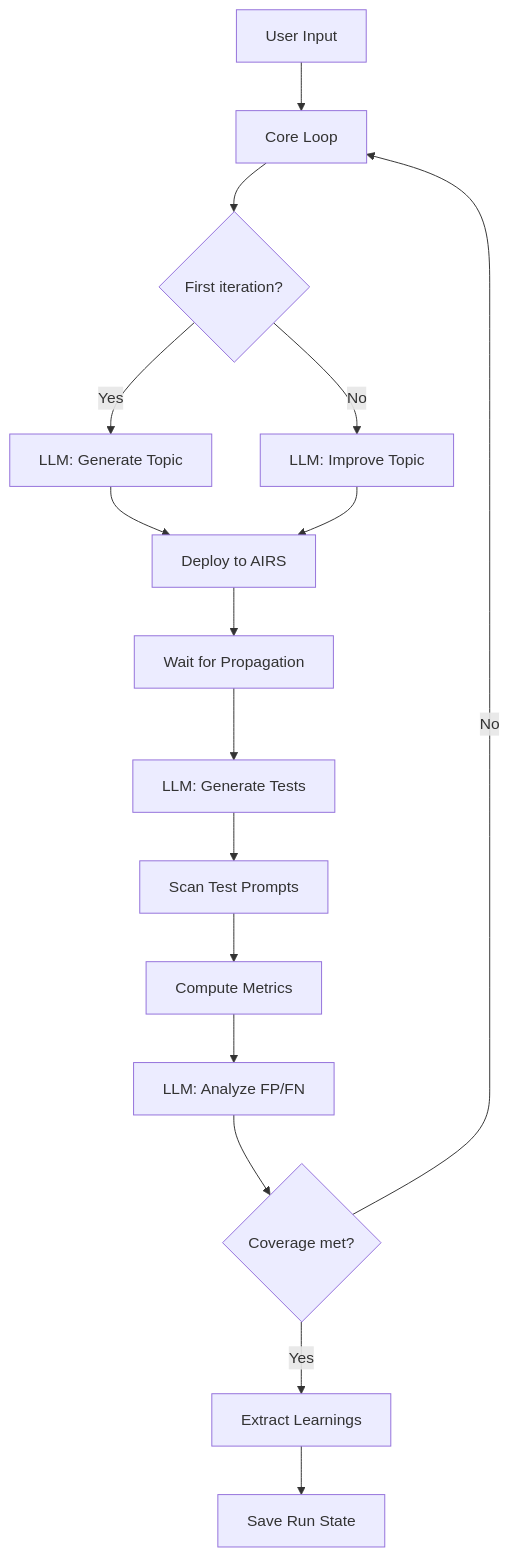
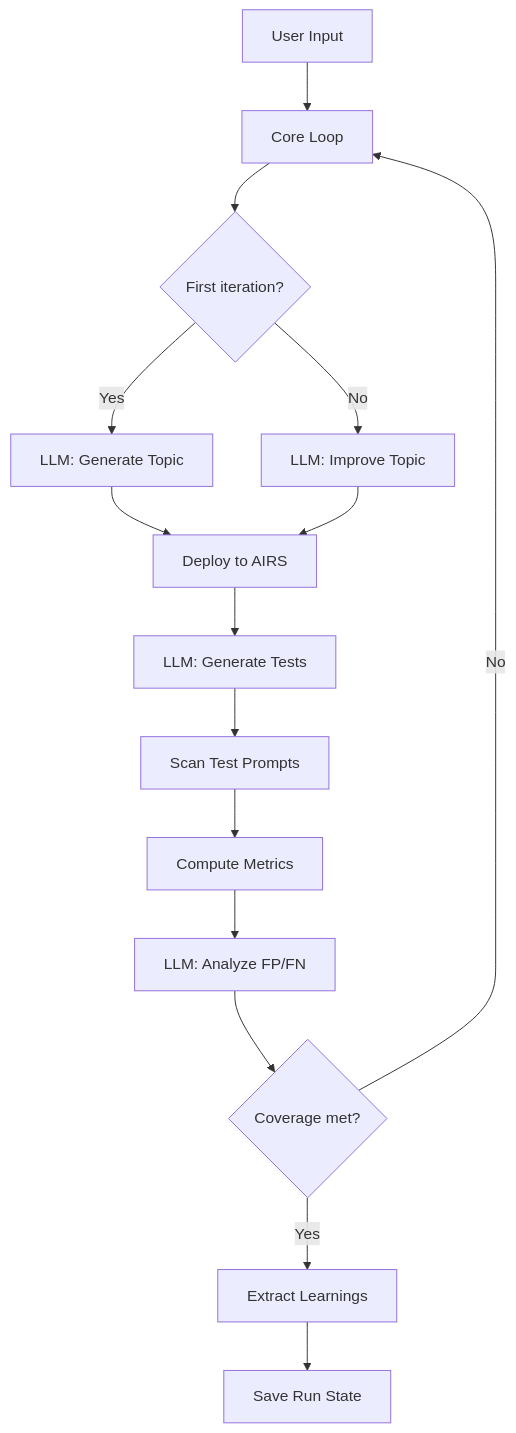
One commit to cdot65/prisma-airs-cli changed the second of 3 diagrams in docs/architecture/overview.md. Above: the diagram before and after it, drawn with Mermaid. The commit also changed other lines of this file and 22 other files, not shown here.

````diff
--- a/docs/architecture/overview.md
+++ b/docs/architecture/overview.md
@@ -56,18 +56,17 @@
 ```mermaid
 graph TD
     A[User Input] --> B[Core Loop]
     B --> C{First iteration?}
     C -->|Yes| D[LLM: Generate Topic]
     C -->|No| E[LLM: Improve Topic]
     D --> F[Deploy to AIRS]
     E --> F
-    F --> G[Wait for Propagation]
-    G --> H[LLM: Generate Tests]
+    F --> H[LLM: Generate Tests]
     H --> I[Scan Test Prompts]
     I --> J[Compute Metrics]
     J --> K[LLM: Analyze FP/FN]
     K --> L{Coverage met?}
     L -->|No| B
     L -->|Yes| M[Extract Learnings]
     M --> N[Save Run State]
 ```
````
